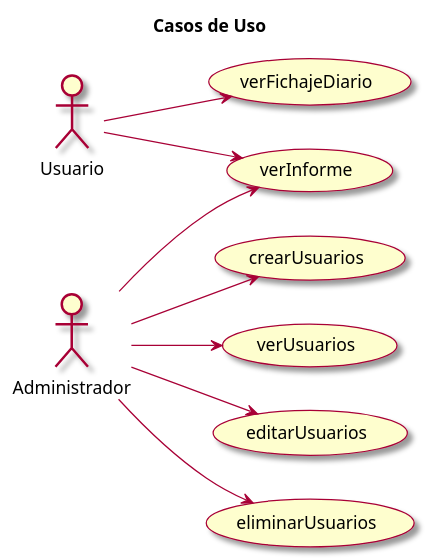
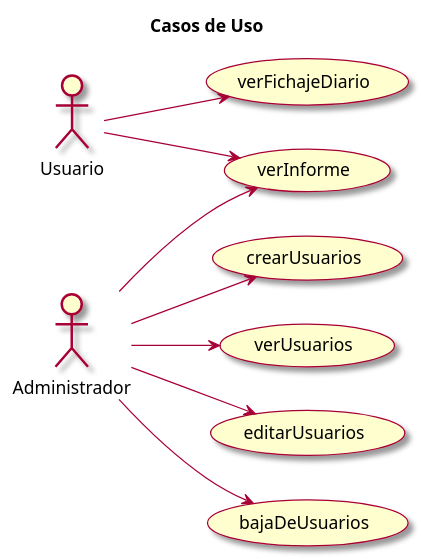
Before and after one commit to mmasias/23-24-IdSw1-SDR: the diagram in modelosUML/casosDeUso/casosDeUso.puml, drawn with PlantUML.

```diff
--- a/modelosUML/casosDeUso/casosDeUso.puml
+++ b/modelosUML/casosDeUso/casosDeUso.puml
@@ -1,18 +1,16 @@
 @startuml Diagrama de CDU
 
 skin rose
 left to right direction
 title Casos de Uso
-
-
 
 Usuario --> (verFichajeDiario)
 Usuario --> (verInforme)
 
 Administrador --> (crearUsuarios)
 Administrador --> (verUsuarios)
 Administrador --> (editarUsuarios)
-Administrador --> (eliminarUsuarios)
+Administrador --> (bajaDeUsuarios)
 Administrador --> (verInforme)
 
 @enduml
```
